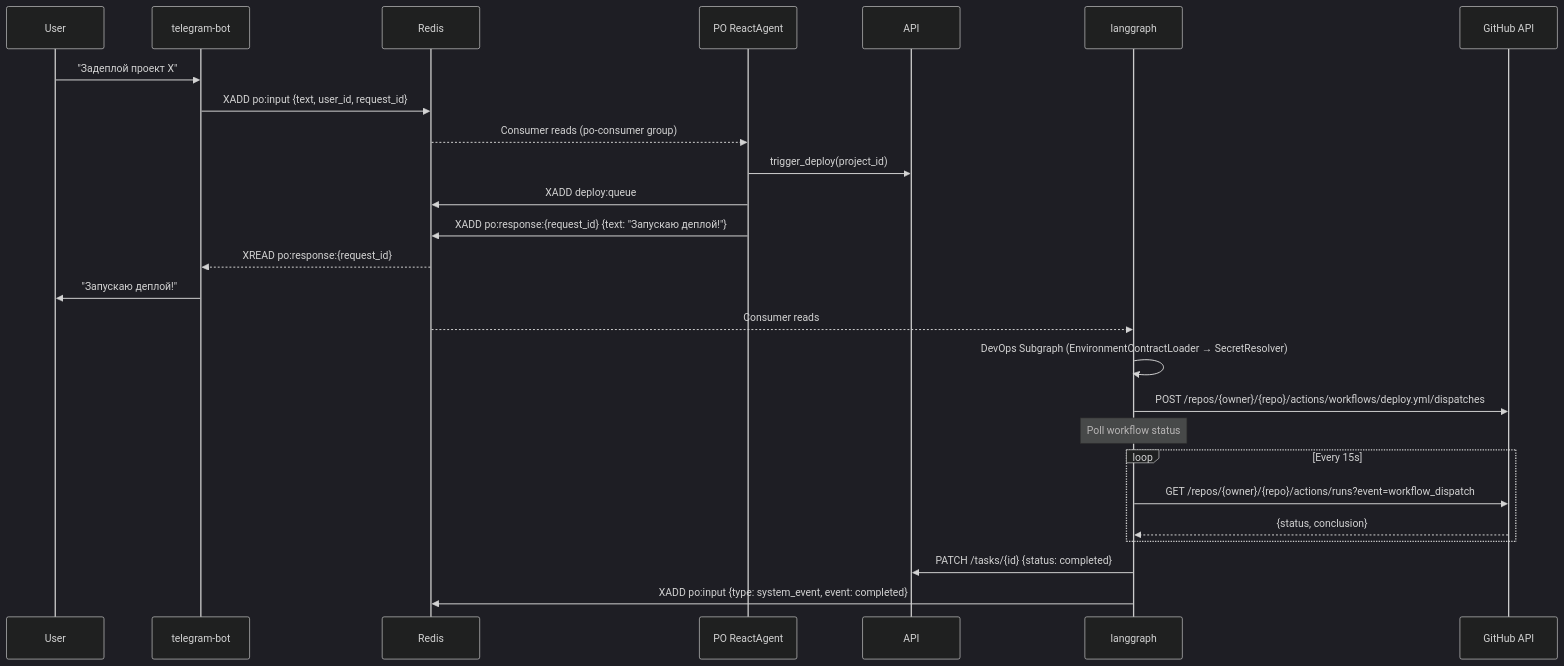
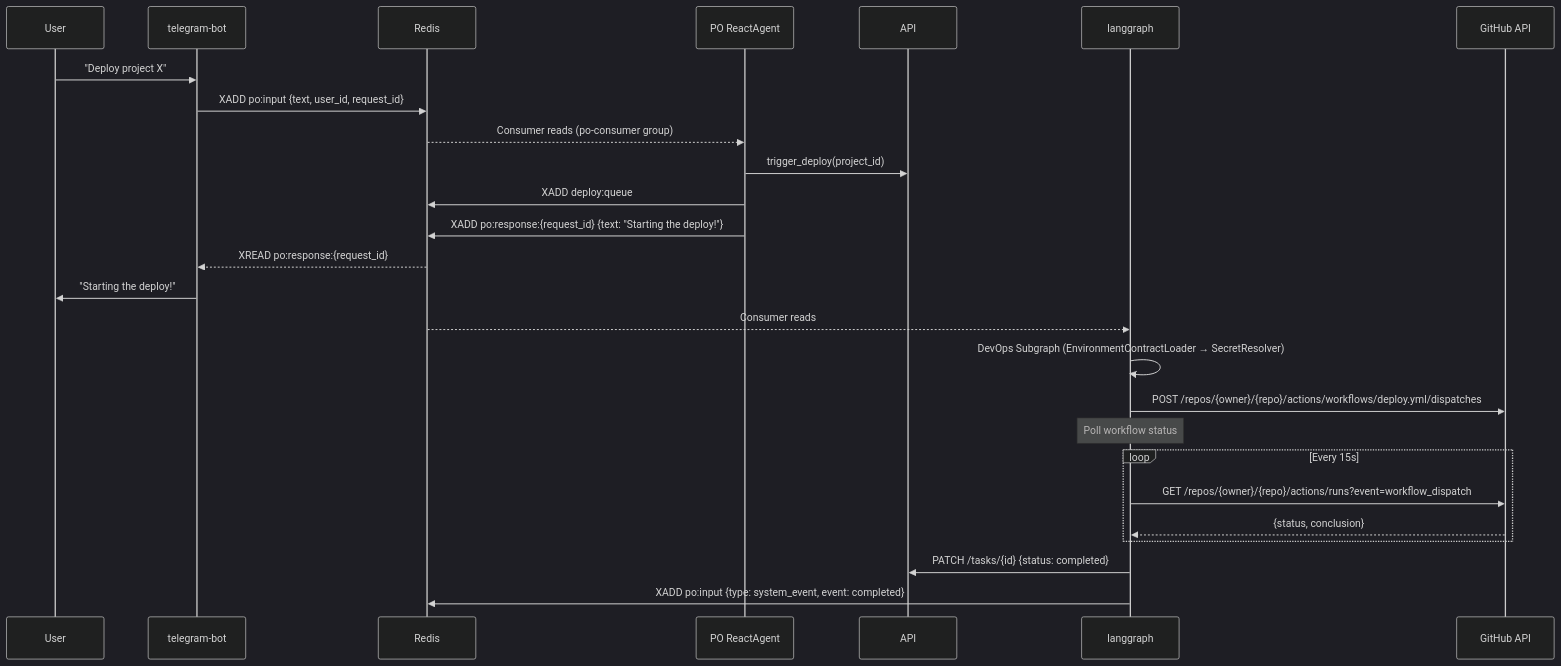
One commit to vladmesh/codegen_orchestrator changed the second of 3 diagrams in docs/CONTRACTS.md. Above: the diagram before and after it, drawn with Mermaid (dark theme). The commit also changed other lines of this file and 19 other files, not shown here.

````diff
--- a/docs/CONTRACTS.md
+++ b/docs/CONTRACTS.md
@@ -235,29 +235,29 @@
 ```mermaid
 sequenceDiagram
     participant User
     participant TG as telegram-bot
     participant Redis
     participant PO as PO ReactAgent
     participant API
     participant LG as langgraph
     participant GH as GitHub API
 
-    User->>TG: "Задеплой проект X"
+    User->>TG: "Deploy project X"
     TG->>Redis: XADD po:input {text, user_id, request_id}
     Redis-->>PO: Consumer reads (po-consumer group)
     PO->>API: trigger_deploy(project_id)
     PO->>Redis: XADD deploy:queue
-    PO->>Redis: XADD po:response:{request_id} {text: "Запускаю деплой!"}
+    PO->>Redis: XADD po:response:{request_id} {text: "Starting the deploy!"}
     Redis-->>TG: XREAD po:response:{request_id}
-    TG->>User: "Запускаю деплой!"
+    TG->>User: "Starting the deploy!"
     Redis-->>LG: Consumer reads
     LG->>LG: DevOps Subgraph (EnvironmentContractLoader → SecretResolver)
     LG->>GH: POST /repos/{owner}/{repo}/actions/workflows/deploy.yml/dispatches
     Note over LG: Poll workflow status
     loop Every 15s
         LG->>GH: GET /repos/{owner}/{repo}/actions/runs?event=workflow_dispatch
         GH-->>LG: {status, conclusion}
     end
     LG->>API: PATCH /tasks/{id} {status: completed}
     LG->>Redis: XADD po:input {type: system_event, event: completed}
 ```
````
